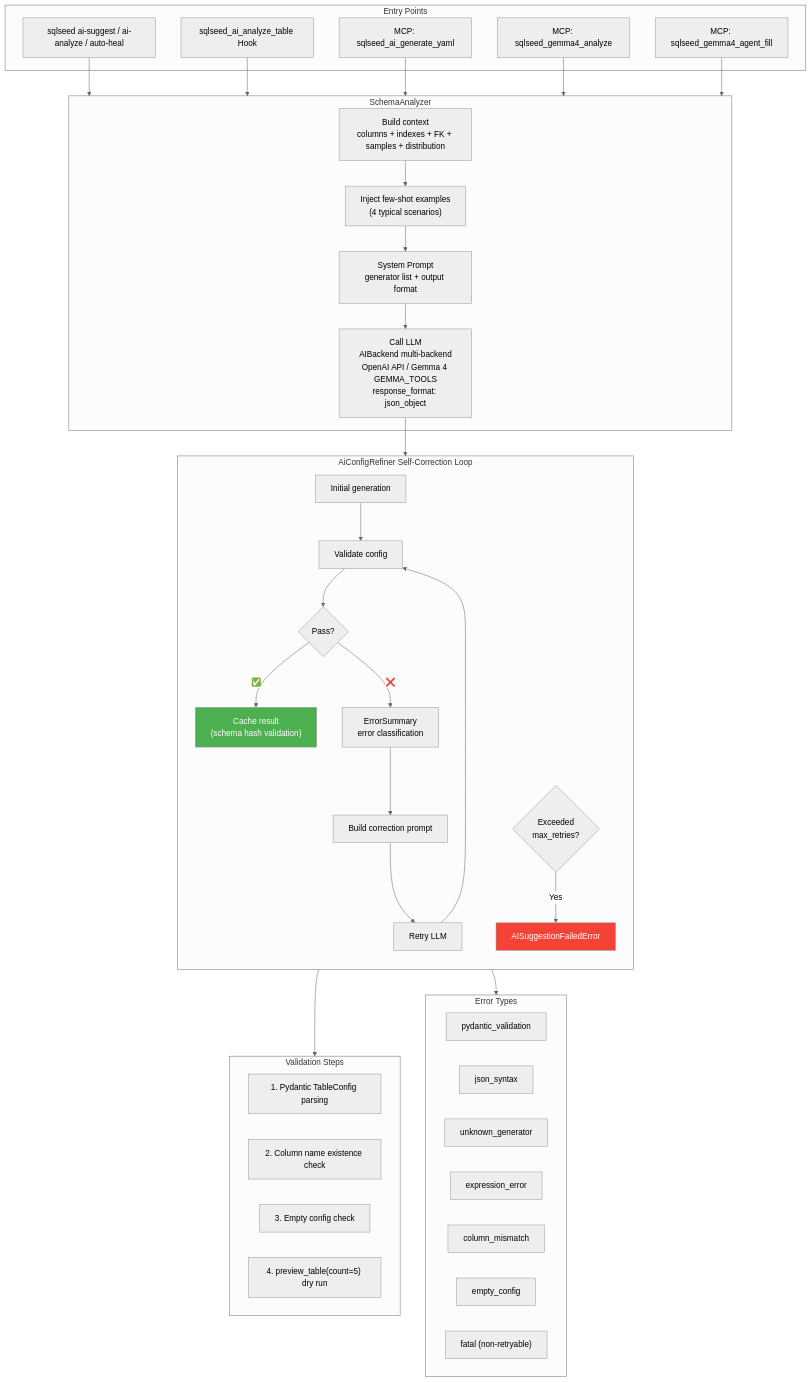
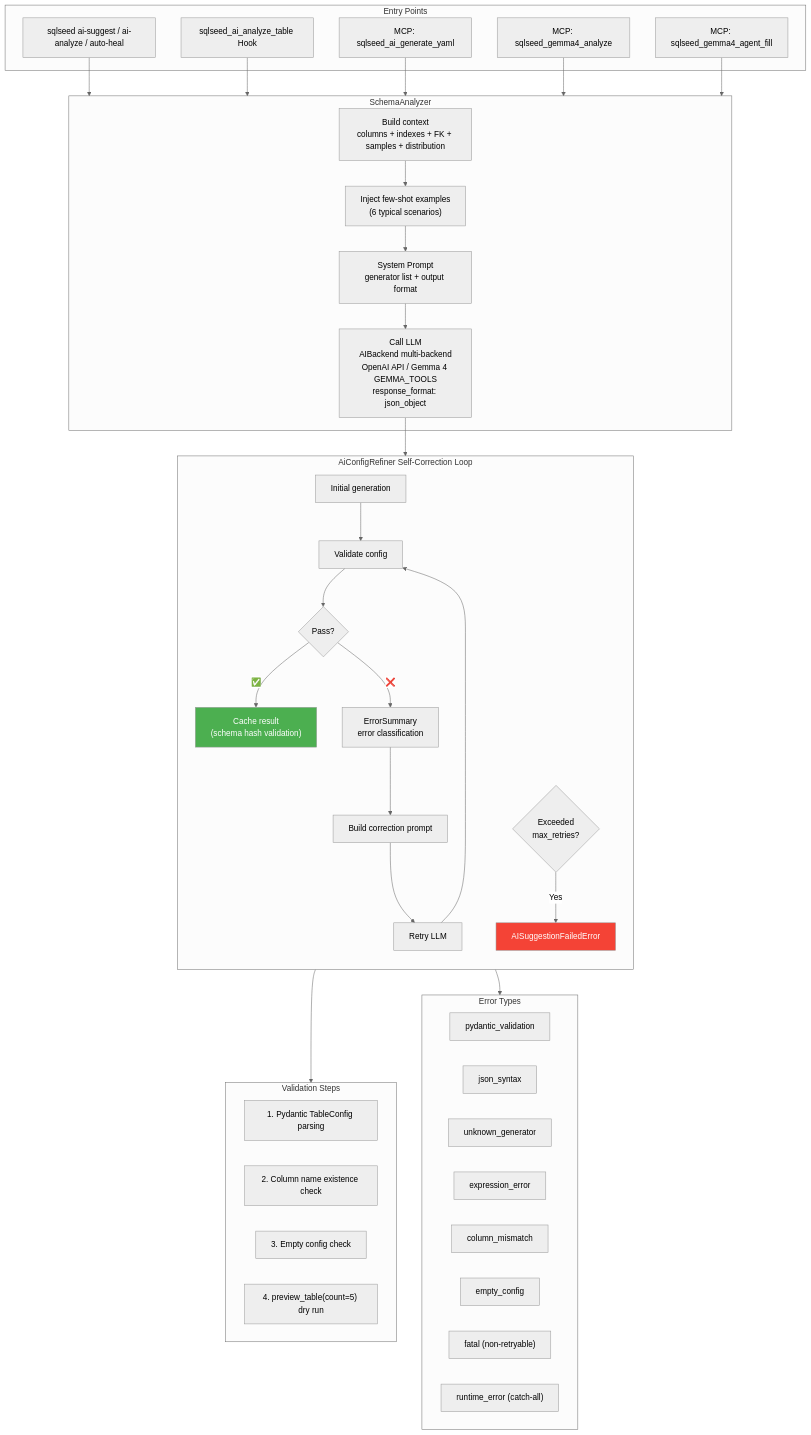
One commit to sunbos/sqlseed changed the seventh of 11 diagrams in docs/architecture.md. Above: the diagram before and after it, drawn with Mermaid (neutral theme). The commit also changed other lines of this file and 21 other files, not shown here.

````diff
--- a/docs/architecture.md
+++ b/docs/architecture.md
@@ -458,68 +458,69 @@
 ```mermaid
 flowchart TB
     subgraph CLI_Trigger["Entry Points"]
         CLICmd["sqlseed ai-suggest / ai-analyze / auto-heal"]
         HookCall["sqlseed_ai_analyze_table Hook"]
         MCPTool["MCP: sqlseed_ai_generate_yaml"]
         MCPGemma4Analyze["MCP: sqlseed_gemma4_analyze"]
         MCPGemma4AgentFill["MCP: sqlseed_gemma4_agent_fill"]
     end
 
     subgraph Analyzer["SchemaAnalyzer"]
         Context["Build context<br/>columns + indexes + FK + samples + distribution"]
-        FewShot["Inject few-shot examples<br/>(4 typical scenarios)"]
+        FewShot["Inject few-shot examples<br/>(6 typical scenarios)"]
         SysPrompt["System Prompt<br/>generator list + output format"]
         LLM["Call LLM<br/>AIBackend multi-backend<br/>OpenAI API / Gemma 4 GEMMA_TOOLS<br/>response_format: json_object"]
     end
 
     subgraph Refiner["AiConfigRefiner Self-Correction Loop"]
         direction TB
         Init["Initial generation"]
         Validate["Validate config"]
         VCheck{"Pass?"}
         Cache["Cache result<br/>(schema hash validation)"]
         ErrorSum["ErrorSummary<br/>error classification"]
         FixPrompt["Build correction prompt"]
         Retry["Retry LLM"]
         MaxCheck{"Exceeded<br/>max_retries?"}
         FailErr["AISuggestionFailedError"]
 
         Init --> Validate --> VCheck
         VCheck -->|✅| Cache
         VCheck -->|❌| ErrorSum --> FixPrompt --> Retry
         Retry --> Validate
         MaxCheck -->|Yes| FailErr
     end
 
     subgraph Validation["Validation Steps"]
         V1["1. Pydantic TableConfig parsing"]
         V2["2. Column name existence check"]
         V3["3. Empty config check"]
         V4["4. preview_table(count=5) dry run"]
     end
 
     subgraph ErrorTypes["Error Types"]
         E1["pydantic_validation"]
         E2["json_syntax"]
         E3["unknown_generator"]
         E4["expression_error"]
         E5["column_mismatch"]
         E6["empty_config"]
         E7["fatal (non-retryable)"]
+        E8["runtime_error (catch-all)"]
     end
 
     CLICmd --> Analyzer
     HookCall --> Analyzer
     MCPTool --> Analyzer
     MCPGemma4Analyze --> Analyzer
     MCPGemma4AgentFill --> Analyzer
 
     Context --> FewShot --> SysPrompt --> LLM
     LLM --> Refiner
 
     Validate --> Validation
     ErrorSum --> ErrorTypes
 
     style Cache fill:#4CAF50,color:#fff
     style FailErr fill:#F44336,color:#fff
 ```
````
